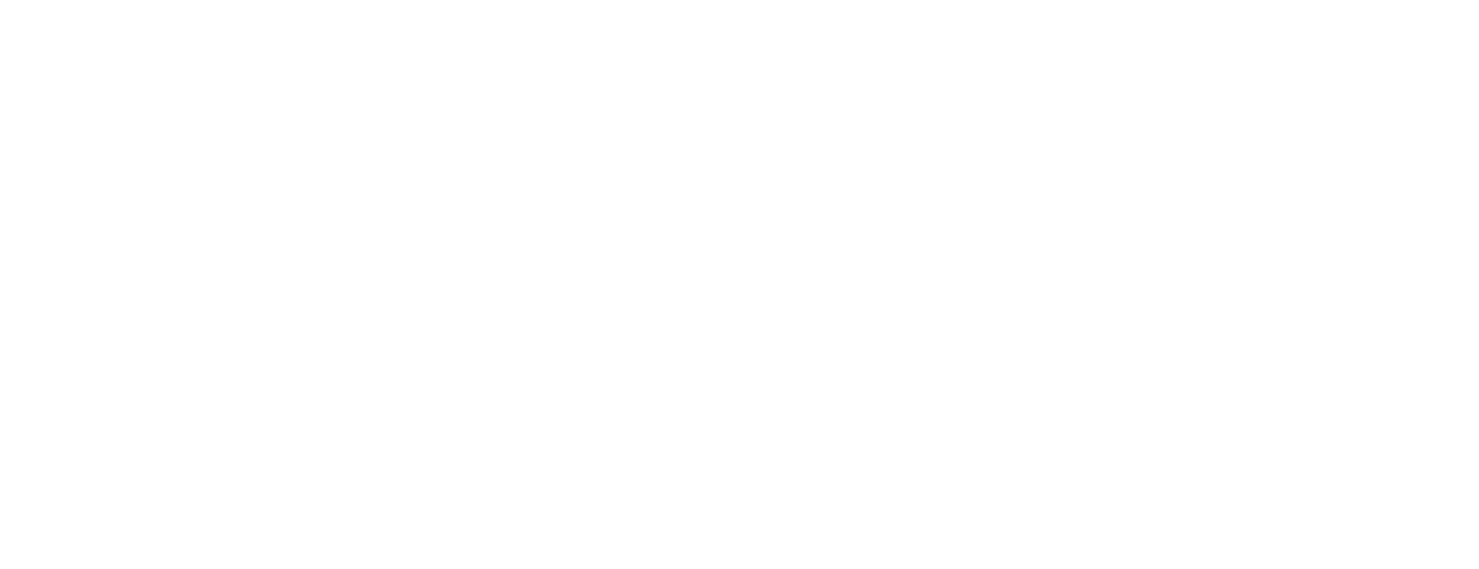
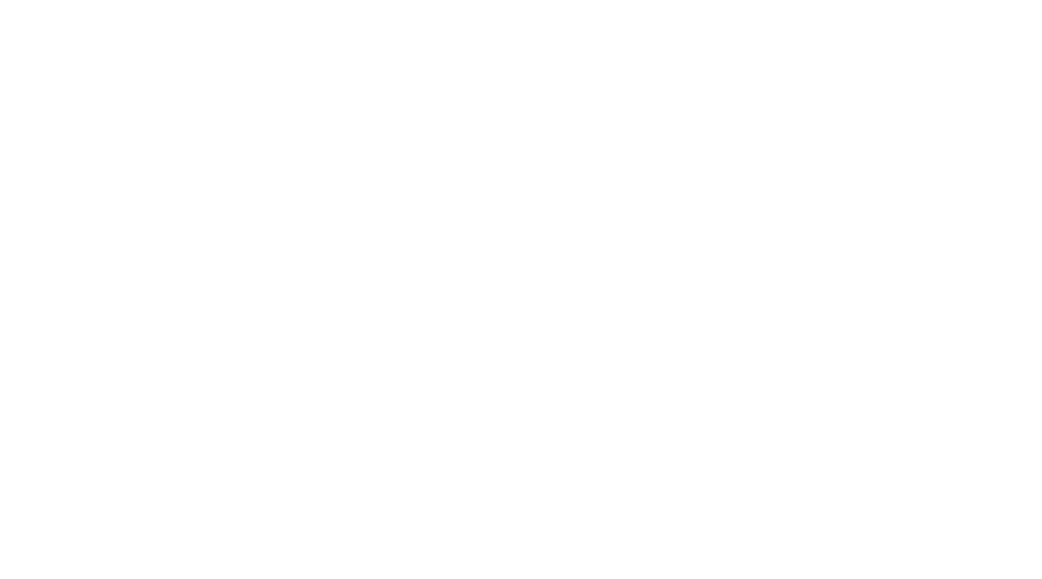
The diagram in GO/Visualisation/test_leftright.dot (Cherrett/DFA-Learning-Toolkit), drawn with Graphviz before and after one commit. The commit also changed 21 other files, not shown here.

```diff
--- a/GO/Visualisation/test_leftright.dot
+++ b/GO/Visualisation/test_leftright.dot
@@ -1,32 +1,26 @@
 digraph g{
 	rankdir=LR;
 	graph [dpi=300 ordering="out"];
 	margin=0;
 	null [style=invis];
 	q0 [label="q0" shape="circle" fontname=verdana fontsize=8 color="black" fontcolor="black" style="filled" fillcolor="white"];
-	q1 [label="q1" shape="circle" fontname=verdana fontsize=8 color="black" fontcolor="black" style="setlinewidth(3),filled" fillcolor="white"];
-	q2 [label="q2" shape="circle" fontname=verdana fontsize=8 color="black" fontcolor="black" style="filled" fillcolor="white"];
-	q3 [label="q3" shape="circle" fontname=verdana fontsize=8 color="black" fontcolor="black" style="setlinewidth(3),filled" fillcolor="white"];
+	q1 [label="q1" shape="circle" peripheries=2 fontname=verdana fontsize=8 color="black" fontcolor="black" style="filled" fillcolor="white"];
+	q2 [label="q2" shape="circle" peripheries=2 fontname=verdana fontsize=8 color="black" fontcolor="black" style="filled" fillcolor="white"];
+	q3 [label="q3" shape="circle" fontname=verdana fontsize=8 color="black" fontcolor="black" style="filled" fillcolor="white"];
 	q4 [label="q4" shape="circle" fontname=verdana fontsize=8 color="black" fontcolor="black" style="filled" fillcolor="white"];
 	q5 [label="q5" shape="circle" peripheries=2 fontname=verdana fontsize=8 color="black" fontcolor="black" style="filled" fillcolor="white"];
 	q6 [label="q6" shape="circle" fontname=verdana fontsize=8 color="black" fontcolor="black" style="filled" fillcolor="white"];
-	q7 [label="q7" shape="circle" fontname=verdana fontsize=8 color="black" fontcolor="black" style="setlinewidth(3),filled" fillcolor="white"];
+	q7 [label="q7" shape="circle" peripheries=2 fontname=verdana fontsize=8 color="black" fontcolor="black" style="filled" fillcolor="white"];
 	q8 [label="q8" shape="circle" peripheries=2 fontname=verdana fontsize=8 color="black" fontcolor="black" style="filled" fillcolor="white"];
 	q9 [label="q9" shape="circle" fontname=verdana fontsize=8 color="black" fontcolor="black" style="setlinewidth(3),filled" fillcolor="white"];
-	q10 [label="q10" shape="circle" peripheries=2 fontname=verdana fontsize=8 color="black" fontcolor="black" style="filled" fillcolor="white"];
-	q11 [label="q11" shape="circle" fontname=verdana fontsize=8 color="black" fontcolor="black" style="filled" fillcolor="white"];
-	q12 [label="q12" shape="circle" peripheries=2 fontname=verdana fontsize=8 color="black" fontcolor="black" style="filled" fillcolor="white"];
 	null->q0;
-	q0->q1 [label="a" fontname=verdana fontsize=8];
-	q0->q2 [label="b" fontname=verdana fontsize=8];
-	q1->q4 [label="a" fontname=verdana fontsize=8];
-	q1->q6 [label="b" fontname=verdana fontsize=8];
-	q2->q3 [label="b" fontname=verdana fontsize=8];
-	q3->q8 [label="a" fontname=verdana fontsize=8];
-	q4->q9 [label="b" fontname=verdana fontsize=8];
-	q4->q5 [label="a" fontname=verdana fontsize=8];
+	q0->q1 [label="b" fontname=verdana fontsize=8];
+	q0->q3 [label="a" fontname=verdana fontsize=8];
+	q1->q2 [label="b" fontname=verdana fontsize=8];
+	q2->q8 [label="b" fontname=verdana fontsize=8];
+	q2->q9 [label="a" fontname=verdana fontsize=8];
+	q3->q6 [label="b" fontname=verdana fontsize=8];
+	q3->q4 [label="a" fontname=verdana fontsize=8];
+	q4->q5 [label="b" fontname=verdana fontsize=8];
 	q6->q7 [label="a" fontname=verdana fontsize=8];
-	q8->q11 [label="b" fontname=verdana fontsize=8];
-	q9->q10 [label="a" fontname=verdana fontsize=8];
-	q11->q12 [label="a" fontname=verdana fontsize=8];
 }
```
